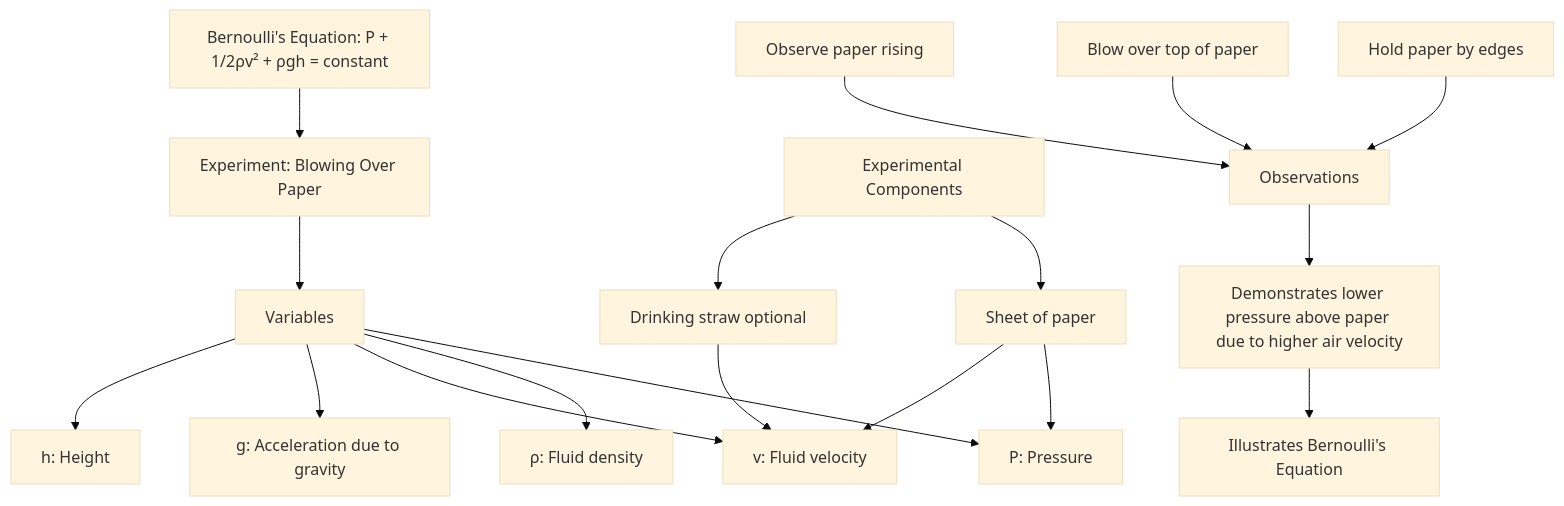
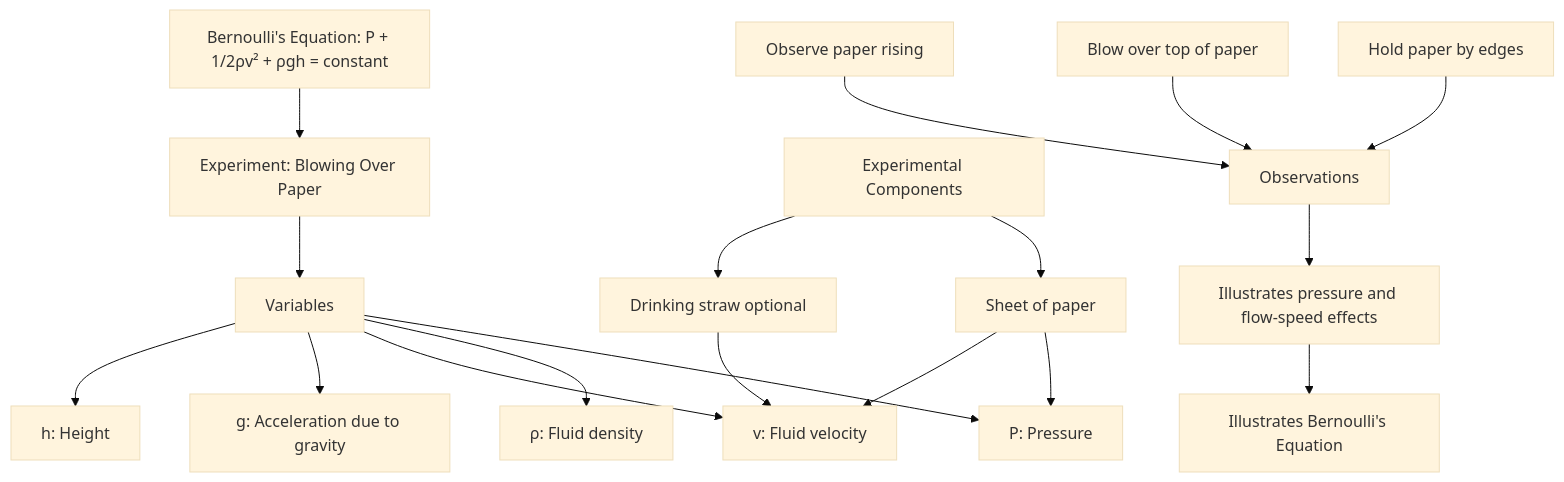
Before and after one commit to Josh-XT/math: diagram 19 of 35 in README.md, drawn with Mermaid (base theme). The commit also changed other lines of this file, not shown here.

````diff
--- a/README.md
+++ b/README.md
@@ -1606,25 +1613,25 @@
 ```mermaid
 graph TD
     A["Bernoulli's Equation: P + 1/2ρv² + ρgh = constant"] --> B["Experiment: Blowing Over Paper"]
     B --> C["Variables"]
     C --> D["P: Pressure"]
     C --> E["ρ: Fluid density"]
     C --> F["v: Fluid velocity"]
     C --> G["g: Acceleration due to gravity"]
     C --> H["h: Height"]
     
     I["Experimental Components"] --> J["Sheet of paper"]
     I --> K["Drinking straw optional"]
     
     J --> D
     J --> F
     K --> F
     
     L["Observations"]
     M["Hold paper by edges"] --> L
     N["Blow over top of paper"] --> L
     O["Observe paper rising"] --> L
     
-    L --> P["Demonstrates lower pressure above paper due to higher air velocity"]
+    L --> P["Illustrates pressure and flow-speed effects"]
     P --> Q["Illustrates Bernoulli's Equation"]
 ```
````
